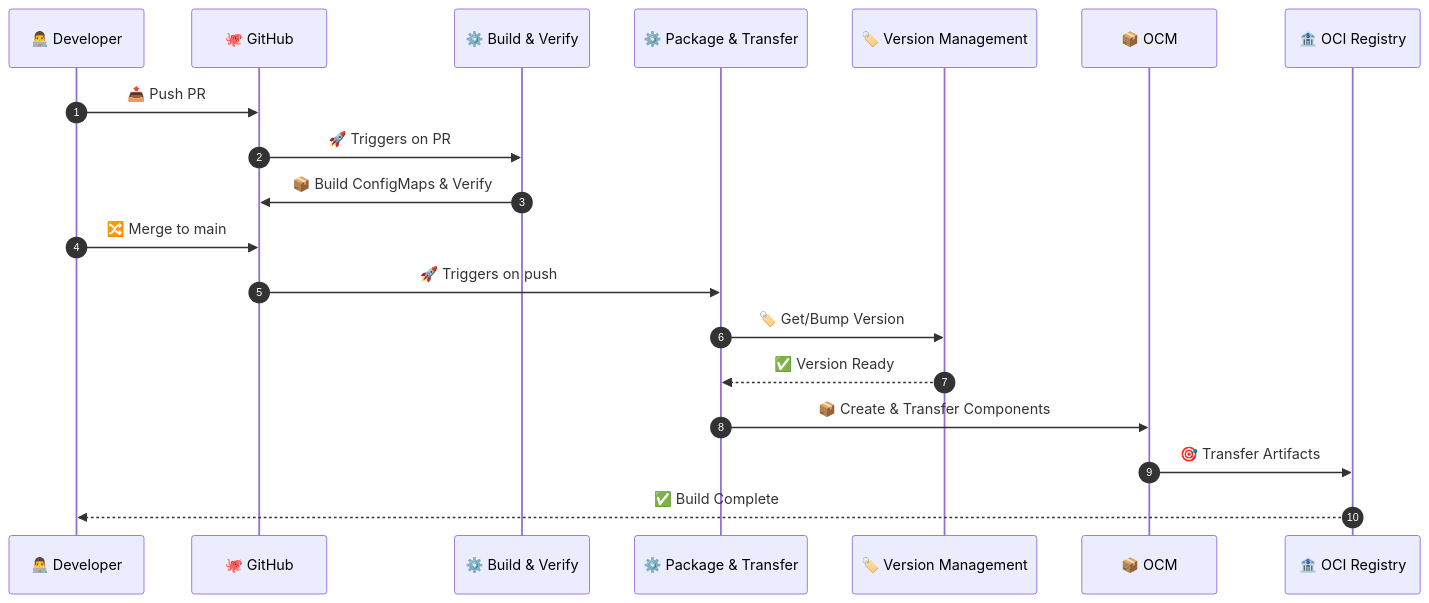
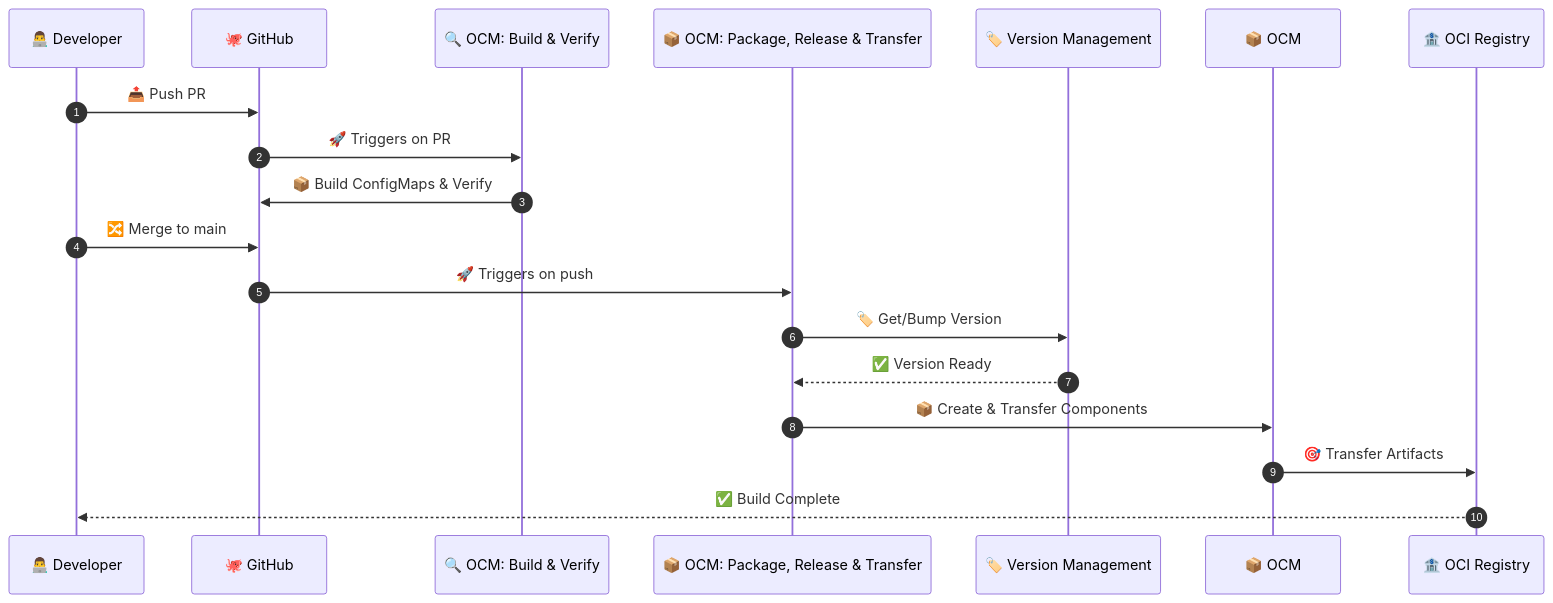
One commit to platform-mesh/samples-opendesk-ocm-k8s-toolkit changed the third of 6 diagrams in README.md. Above: the diagram before and after it, drawn with Mermaid. The commit also changed other lines of this file and 7 other files, not shown here.

````diff
--- a/README.md
+++ b/README.md
@@ -245,21 +187,21 @@
 ```mermaid
 sequenceDiagram
     autonumber
     participant Dev as 👨‍💻 Developer
     participant GH as 🐙 GitHub
-    participant BuildVerify as ⚙️ Build & Verify
-    participant PackageTransfer as ⚙️ Package & Transfer
+    participant BuildVerify as 🔍 OCM: Build & Verify
+    participant PackageTransfer as 📦 OCM: Package, Release & Transfer
     participant Version as 🏷️ Version Management
     participant OCM as 📦 OCM
     participant Registry as 🏦 OCI Registry
     Dev->>GH: 📤 Push PR
     GH->>BuildVerify: 🚀 Triggers on PR
     BuildVerify->>GH: 📦 Build ConfigMaps & Verify
     Dev->>GH: 🔀 Merge to main
     GH->>PackageTransfer: 🚀 Triggers on push
     PackageTransfer->>Version: 🏷️ Get/Bump Version
     Version-->>PackageTransfer: ✅ Version Ready
     PackageTransfer->>OCM: 📦 Create & Transfer Components
     OCM->>Registry: 🎯 Transfer Artifacts
     Registry-->>Dev: ✅ Build Complete
 ```
````
